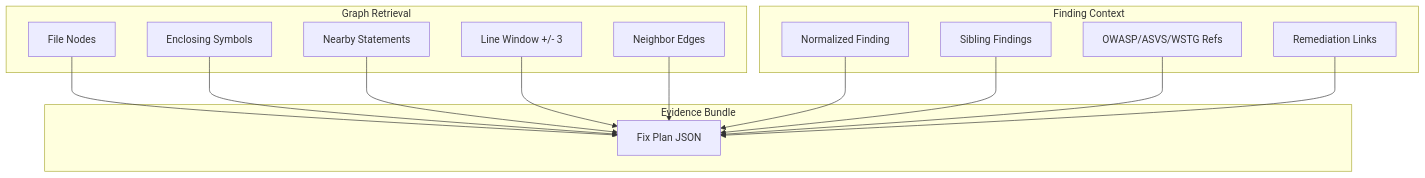
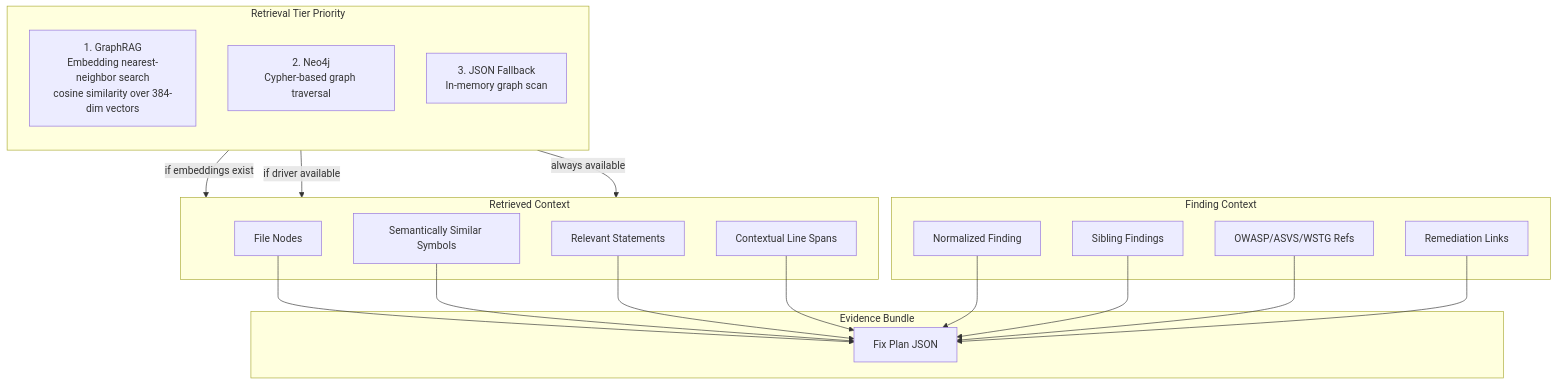
One commit to darthmanwe/Security_Provenance_Automated_OWASP changed the fourth of 7 diagrams in README.md. Above: the diagram before and after it, drawn with Mermaid. The commit also changed other lines of this file and 7 other files, not shown here.

Commit message:
Graph RAG embeddings fix

````diff
--- a/README.md
+++ b/README.md
@@ -160,31 +172,39 @@
 ```mermaid
 flowchart TB
-    subgraph graphContext [Graph Retrieval]
+    subgraph retrievalTiers [Retrieval Tier Priority]
+        direction TB
+        GraphRAG["1. GraphRAG<br/>Embedding nearest-neighbor search<br/>cosine similarity over 384-dim vectors"]
+        Neo4j["2. Neo4j<br/>Cypher-based graph traversal"]
+        JSON["3. JSON Fallback<br/>In-memory graph scan"]
+    end
+
+    subgraph graphContext [Retrieved Context]
         FileNodes[File Nodes]
-        SymbolNodes[Enclosing Symbols]
-        StatementNodes[Nearby Statements]
-        LineWindow[Line Window +/- 3]
-        NeighborEdges[Neighbor Edges]
+        SymbolNodes[Semantically Similar Symbols]
+        StatementNodes[Relevant Statements]
+        LineWindow[Contextual Line Spans]
     end
 
     subgraph findingContext [Finding Context]
         Finding[Normalized Finding]
         SiblingFindings[Sibling Findings]
         PolicyRefs[OWASP/ASVS/WSTG Refs]
         RemediationLinks[Remediation Links]
     end
 
     subgraph bundle [Evidence Bundle]
         Plan[Fix Plan JSON]
     end
 
+    GraphRAG -->|if embeddings exist| graphContext
+    Neo4j -->|if driver available| graphContext
+    JSON -->|always available| graphContext
     FileNodes --> Plan
     SymbolNodes --> Plan
     StatementNodes --> Plan
     LineWindow --> Plan
-    NeighborEdges --> Plan
     Finding --> Plan
     SiblingFindings --> Plan
     PolicyRefs --> Plan
     RemediationLinks --> Plan
 ```
````
